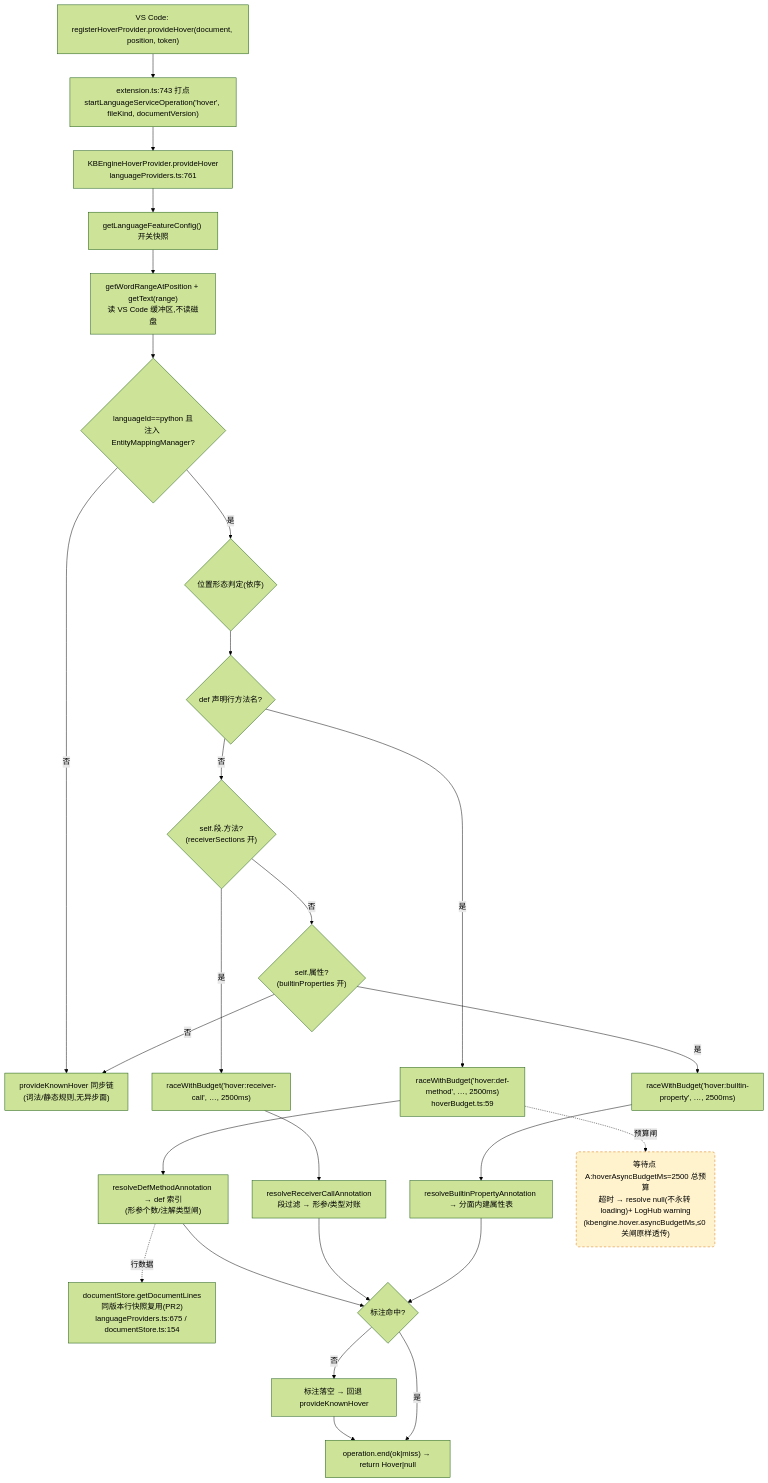
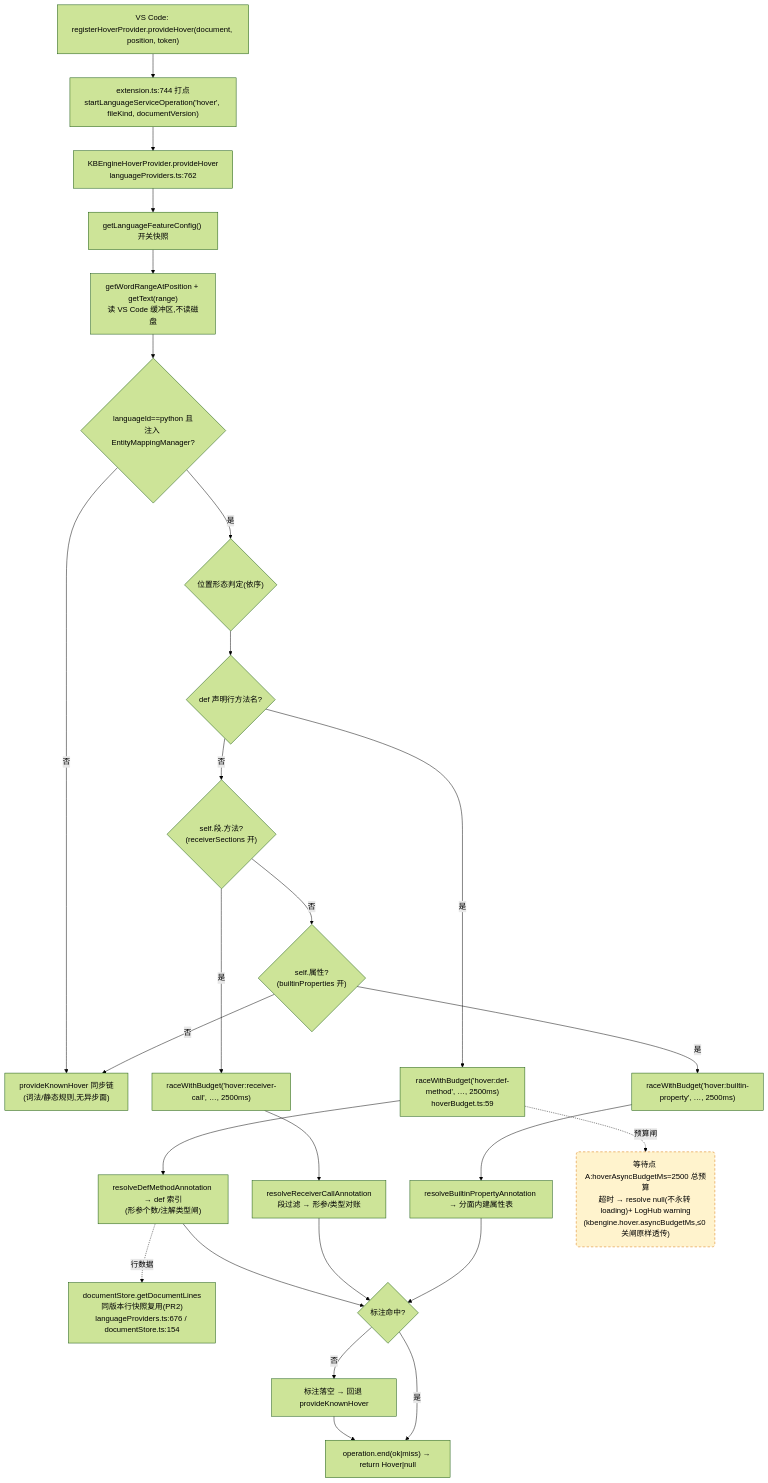
Before and after one commit to cuihairu/kode: the first of 4 diagrams in docs/perf/2026-baseline.md, drawn with Mermaid (forest theme). The commit also changed other lines of this file and 23 other files, not shown here.

````diff
--- a/docs/perf/2026-baseline.md
+++ b/docs/perf/2026-baseline.md
@@ -82,45 +82,45 @@
 ```mermaid
 flowchart TD
   VC1["VS Code: registerHoverProvider.provideHover(document, position, token)"]
-  M1["extension.ts:743 打点<br/>startLanguageServiceOperation('hover', fileKind, documentVersion)"]
-  HP["KBEngineHoverProvider.provideHover<br/>languageProviders.ts:761"]
+  M1["extension.ts:744 打点<br/>startLanguageServiceOperation('hover', fileKind, documentVersion)"]
+  HP["KBEngineHoverProvider.provideHover<br/>languageProviders.ts:762"]
   CFG["getLanguageFeatureConfig() 开关快照"]
   WORD["getWordRangeAtPosition + getText(range)<br/>读 VS Code 缓冲区,不读磁盘"]
   BR{"languageId==python 且<br/>注入 EntityMappingManager?"}
   KN["provideKnownHover 同步链<br/>(词法/静态规则,无异步面)"]
   POS{"位置形态判定(依序)"}
   D1{"def 声明行方法名?"}
   D2{"self.段.方法?<br/>(receiverSections 开)"}
   D3{"self.属性?<br/>(builtinProperties 开)"}
   RA1["raceWithBudget('hover:def-method', …, 2500ms)<br/>hoverBudget.ts:59"]
   RA2["raceWithBudget('hover:receiver-call', …, 2500ms)"]
   RA3["raceWithBudget('hover:builtin-property', …, 2500ms)"]
   RS1["resolveDefMethodAnnotation → def 索引<br/>(形参个数/注解类型闸)"]
   RS2["resolveReceiverCallAnnotation<br/>段过滤 → 形参/类型对账"]
   RS3["resolveBuiltinPropertyAnnotation → 分面内建属性表"]
-  LINES["documentStore.getDocumentLines<br/>同版本行快照复用(PR2)<br/>languageProviders.ts:675 / documentStore.ts:154"]
+  LINES["documentStore.getDocumentLines<br/>同版本行快照复用(PR2)<br/>languageProviders.ts:676 / documentStore.ts:154"]
   MISS["标注落空 → 回退 provideKnownHover"]
   END1["operation.end(ok|miss) → return Hover|null"]
 
   VC1 --> M1 --> HP --> CFG --> WORD --> BR
   BR -- "否" --> KN
   BR -- "是" --> POS --> D1
   D1 -- "是" --> RA1 --> RS1
   D1 -- "否" --> D2
   D2 -- "是" --> RA2 --> RS2
   D2 -- "否" --> D3
   D3 -- "是" --> RA3 --> RS3
   D3 -- "否" --> KN
   RS1 --> HIT{"标注命中?"}
   RS2 --> HIT
   RS3 --> HIT
   RS1 -.->|行数据| LINES
   HIT -- "否" --> MISS --> END1
   HIT -- "是" --> END1
 
   WAITA("等待点 A:hoverAsyncBudgetMs=2500 总预算<br/>超时 → resolve null(不永转 loading)+ LogHub warning<br/>(kbengine.hover.asyncBudgetMs,≤0 关闸原样透传)")
   RA1 -.->|预算闸| WAITA
 
   classDef waitPoint fill:#fff3cd,stroke:#d97706,stroke-dasharray:5 4;
   class WAITA waitPoint;
 ```
````
